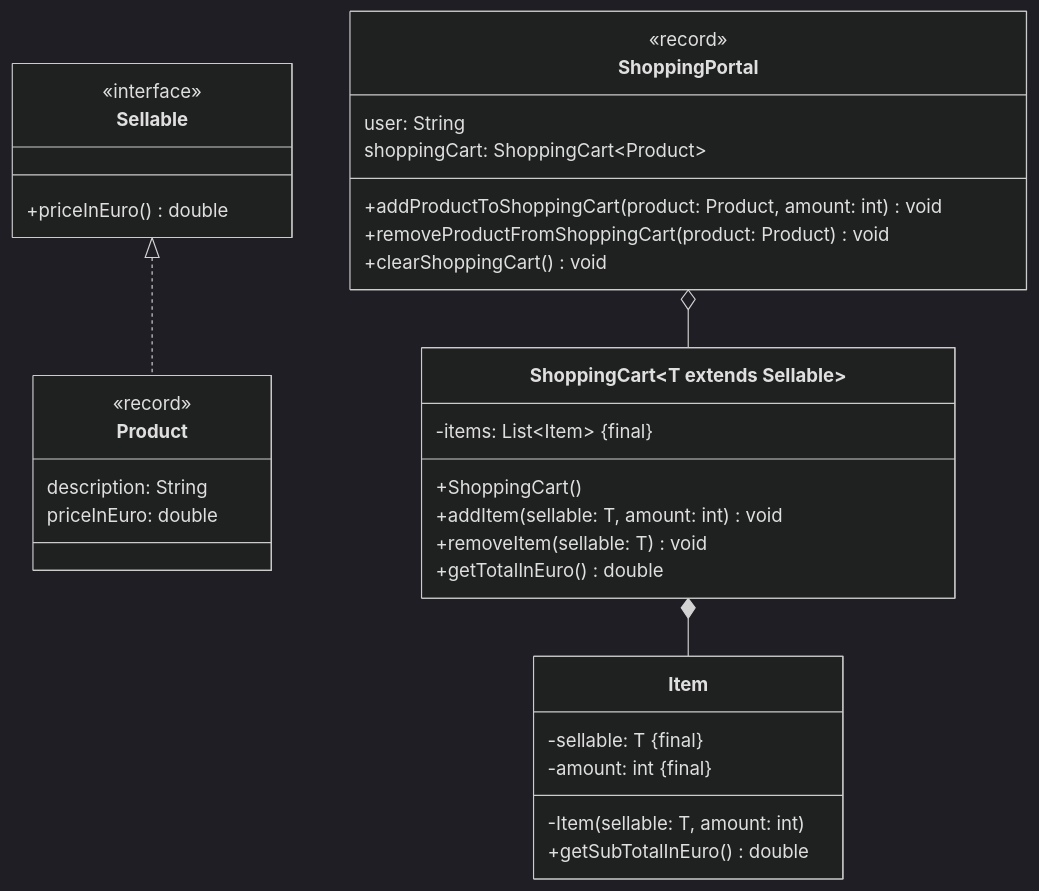
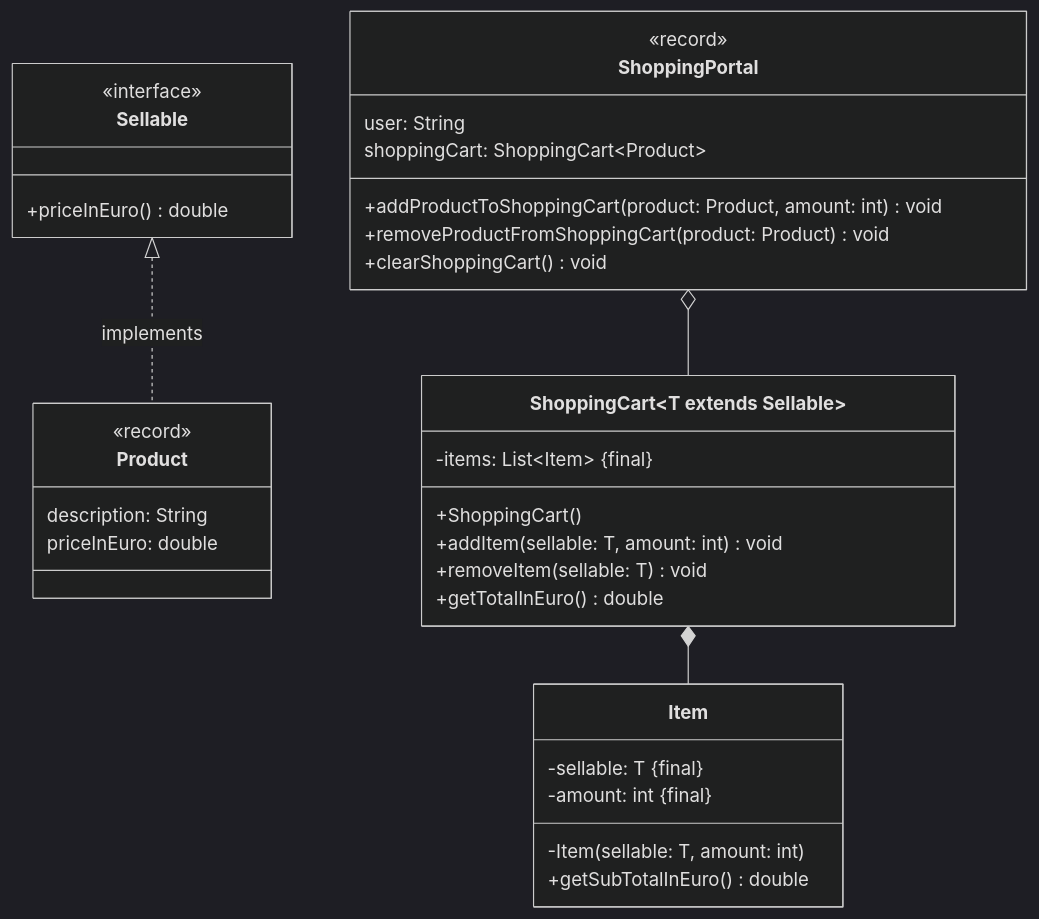
The diagram in docs/exam-exercises/exam-exercises-java2/shopping-portal.md (jappuccini/java-docs), drawn with Mermaid (dark theme) before and after one commit. The commit also changed 36 other files, not shown here.

````diff
--- a/docs/exam-exercises/exam-exercises-java2/shopping-portal.md
+++ b/docs/exam-exercises/exam-exercises-java2/shopping-portal.md
@@ -12,41 +12,41 @@
 ```mermaid
 classDiagram
-    Sellable <|.. Product
+    Sellable <|.. Product : implements
     ShoppingPortal o-- ShoppingCart~T extends Sellable~
     ShoppingCart *-- Item
 
     class ShoppingCart~T extends Sellable~ {
         -items: List~Item~ &#123final&#125
         +ShoppingCart()
         +addItem(sellable: T, amount: int) void
         +removeItem(sellable: T) void
         +getTotalInEuro() double
     }
 
     class Item {
         -sellable: T &#123final&#125
         -amount: int &#123final&#125
         -Item(sellable: T, amount: int)
         +getSubTotalInEuro() double
     }
 
     class Sellable {
         <<interface>>
         +priceInEuro() double
     }
 
     class Product {
         <<record>>
         description: String
         priceInEuro: double
     }
 
     class ShoppingPortal {
         <<record>>
         user: String
         shoppingCart: ShoppingCart~Product~
         +addProductToShoppingCart(product: Product, amount: int) void
         +removeProductFromShoppingCart(product: Product) void
         +clearShoppingCart() void
     }
 ```
````
